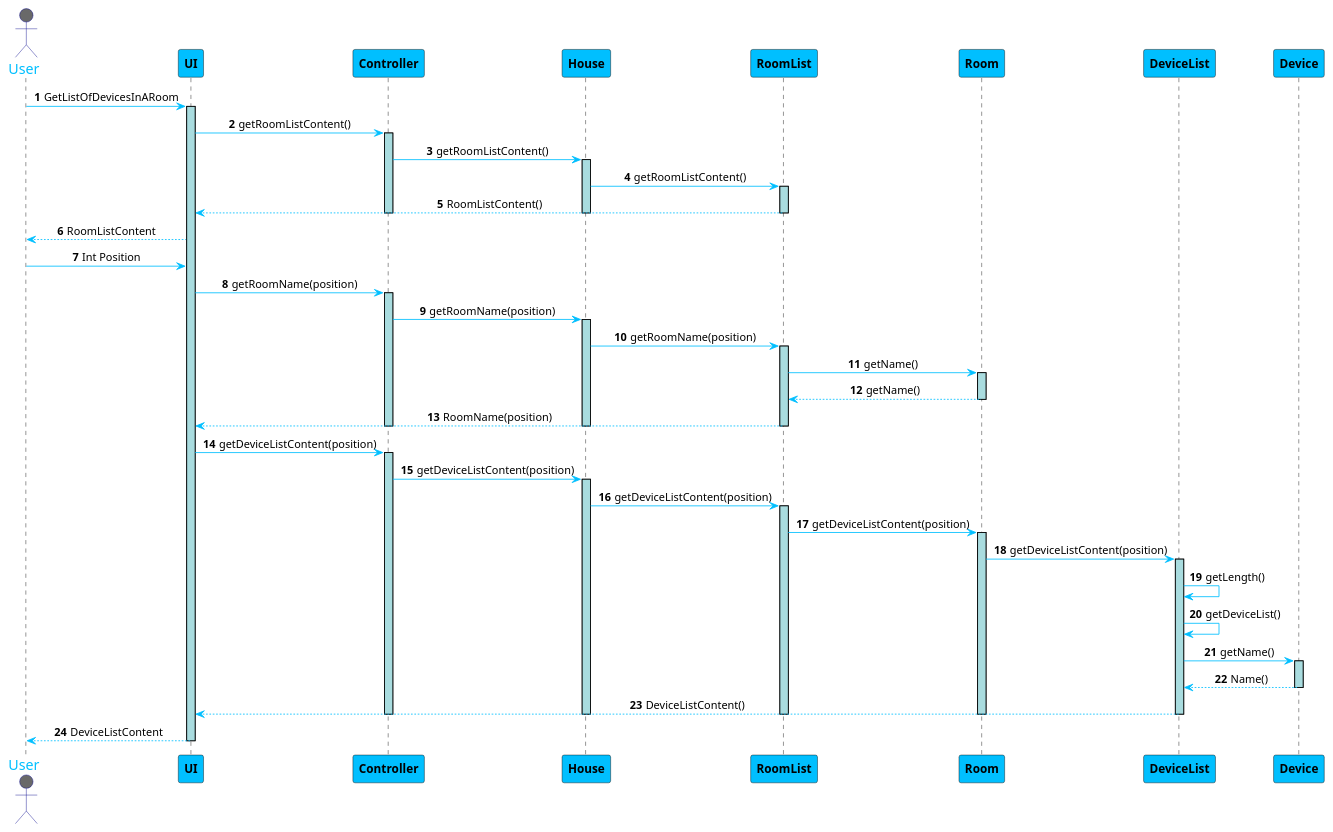
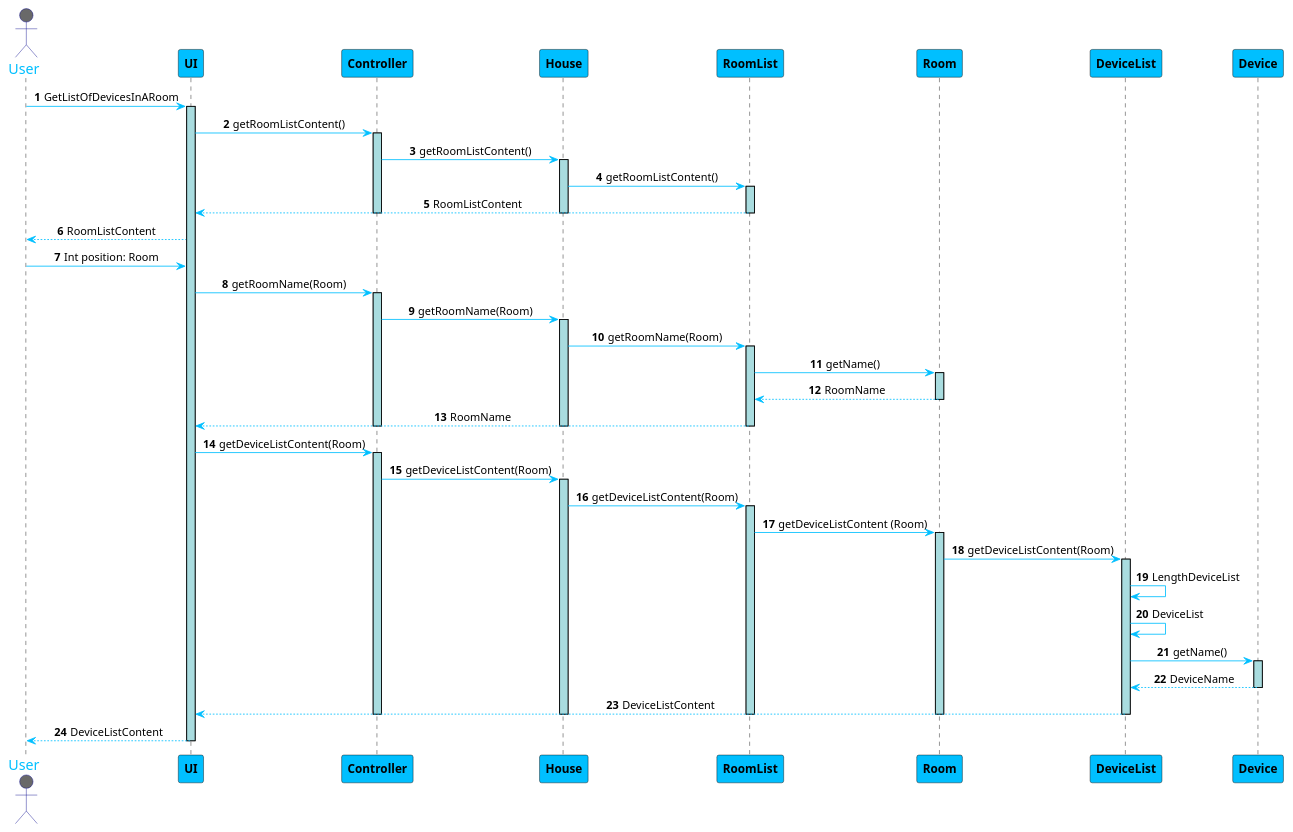
One commit to 1181687/hateoasToy changed the diagram in src/Docs/GetListOfDevicesRoom.puml. Above: the diagram before and after it, drawn with PlantUML. The commit also changed 1 other file, not shown here.

Commit message:
Changes to Sequence Diagrams (GetListOfDevicesRoom and GetNominalPowerRoomsDevices)

```diff
--- a/src/Docs/GetListOfDevicesRoom.puml
+++ b/src/Docs/GetListOfDevicesRoom.puml
@@ -1,77 +1,75 @@
 @startuml
 skinparam sequenceMessageAlign center
 skinparam sequence {
 	ArrowColor DeepSkyBlue
 	ActorBorderColor DarkBlue
 	LifeLineBorderColor black
 	LifeLineBackgroundColor #A9DCDF
 
 	ParticipantBorderColor Black
 	ParticipantBackgroundColor DeepSkyBlue
 	ParticipantFontStyle Bold
 
 	ActorBackgroundColor DimGrey
 	ActorFontColor DeepSkyBlue
 	ActorFontSize 17
 	ActorFontName Aapex
 }
 
 autonumber
 actor User
 User -> UI: GetListOfDevicesInARoom
 activate UI
-
 UI -> Controller: getRoomListContent()
 activate Controller
 Controller -> House: getRoomListContent()
 activate House
 House -> RoomList: getRoomListContent()
 activate RoomList
-UI <-- RoomList: RoomListContent()
+UI <-- RoomList: RoomListContent
 deactivate RoomList
 deactivate House
 deactivate Controller
 User <-- UI: RoomListContent
 
 
-
-User -> UI: Int Position
-UI -> Controller: getRoomName(position)
+User -> UI: Int position: Room
+UI -> Controller: getRoomName(Room)
 activate Controller
-Controller -> House: getRoomName(position)
+Controller -> House: getRoomName(Room)
 activate House
-House -> RoomList: getRoomName(position)
+House -> RoomList: getRoomName(Room)
 activate RoomList
 RoomList -> Room: getName()
 activate Room
-RoomList <-- Room: getName()
+RoomList <-- Room: RoomName
 deactivate Room
-UI <-- RoomList: RoomName(position)
+UI <-- RoomList: RoomName
 deactivate RoomList
 deactivate House
 deactivate Controller
-UI -> Controller: getDeviceListContent(position)
+UI -> Controller: getDeviceListContent(Room)
 activate Controller
-Controller -> House: getDeviceListContent(position)
+Controller -> House: getDeviceListContent(Room)
 activate House
-House -> RoomList: getDeviceListContent(position)
+House -> RoomList: getDeviceListContent(Room)
 activate RoomList
-RoomList -> Room: getDeviceListContent(position)
+RoomList -> Room: getDeviceListContent (Room)
 activate Room
-Room -> DeviceList: getDeviceListContent(position)
+Room -> DeviceList: getDeviceListContent(Room)
 activate DeviceList
-DeviceList -> DeviceList: getLength()
-DeviceList -> DeviceList: getDeviceList()
+DeviceList -> DeviceList: LengthDeviceList
+DeviceList -> DeviceList: DeviceList
 DeviceList -> Device: getName()
 activate Device
-DeviceList <-- Device: Name()
+DeviceList <-- Device: DeviceName
 deactivate Device
-UI <-- DeviceList: DeviceListContent()
+UI <-- DeviceList: DeviceListContent
 deactivate DeviceList
 deactivate Room
 deactivate RoomList
 deactivate House
 deactivate Controller
 User <-- UI: DeviceListContent
 deactivate UI
 @enduml
```
